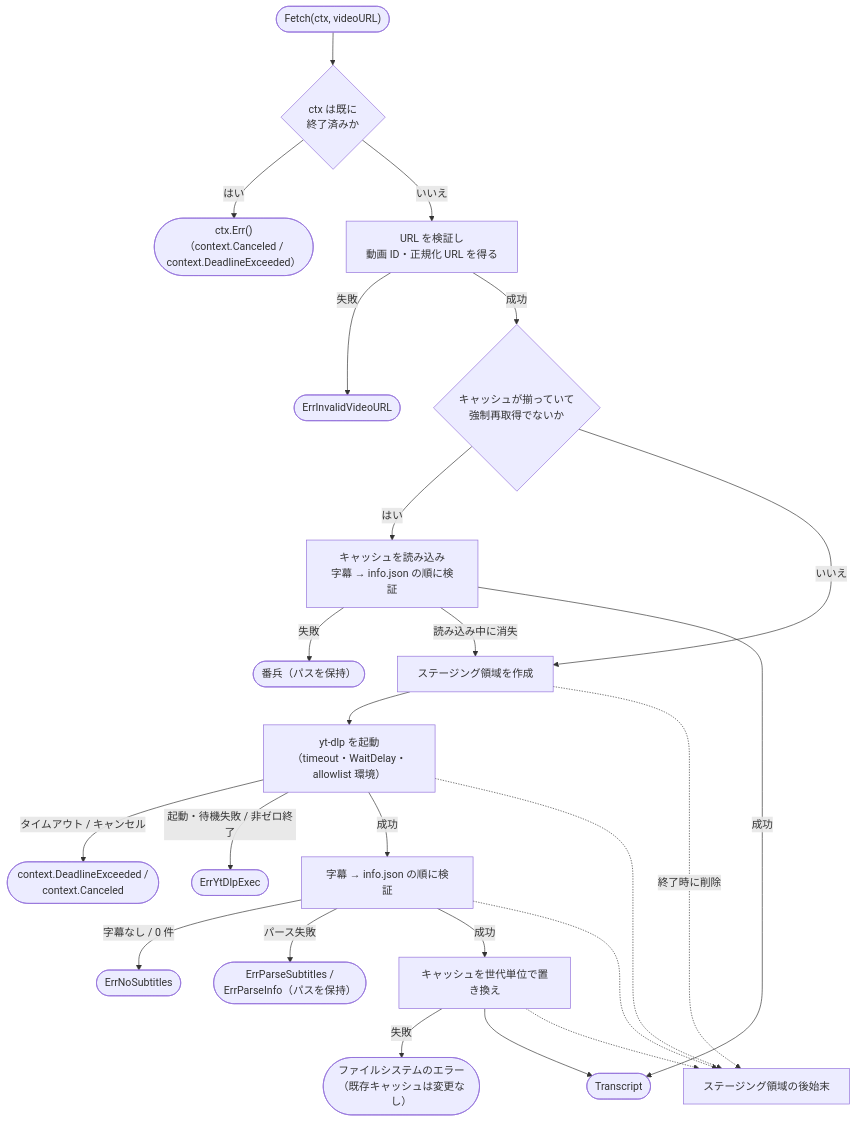
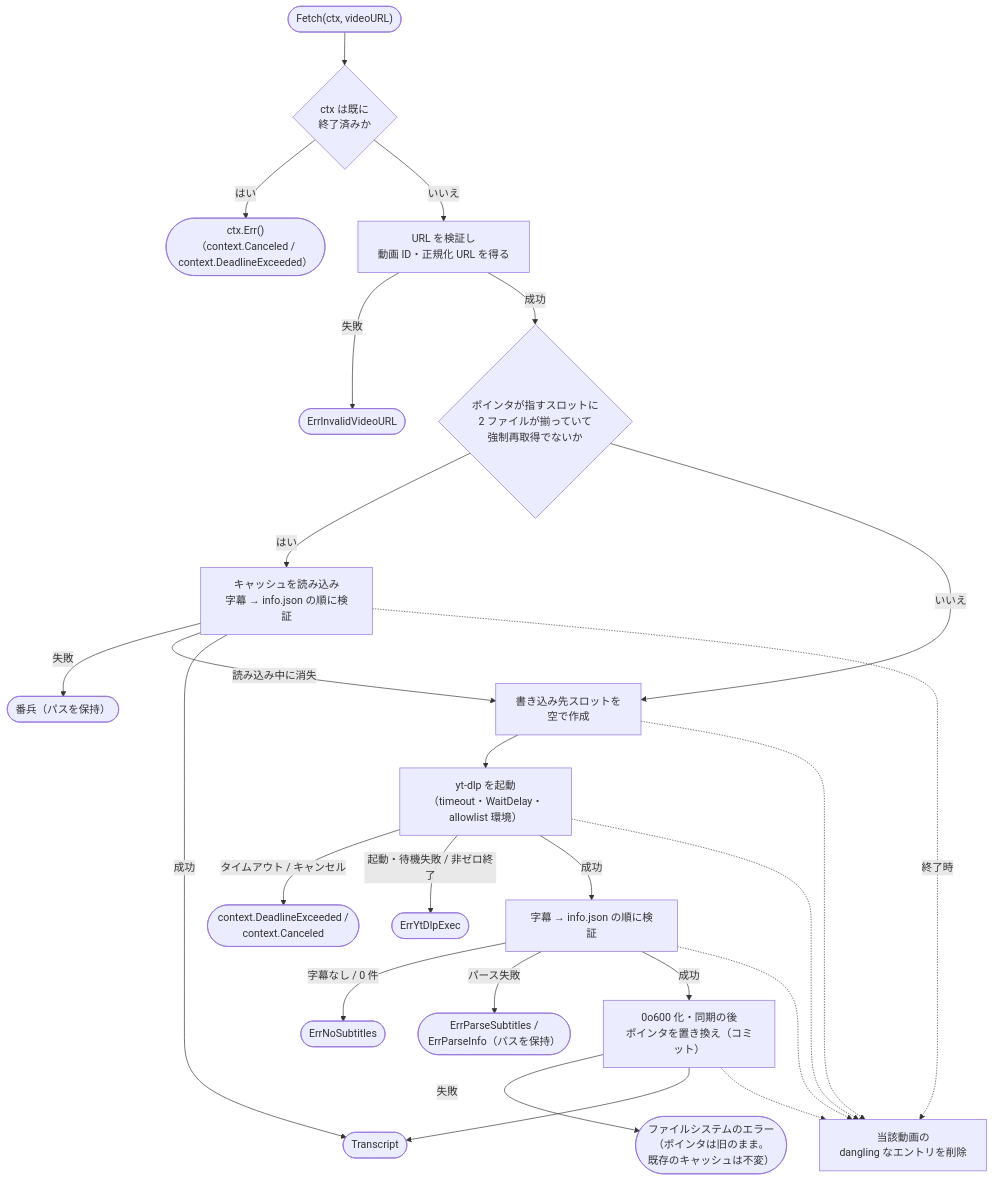
Before and after one commit to isseis/yt2column: the ninth of 11 diagrams in docs/tasks/0002_ytdlp_transcript_source/02_architecture.md, drawn with Mermaid. The commit also changed other lines of this file, not shown here.

````diff
--- a/docs/tasks/0002_ytdlp_transcript_source/02_architecture.md
+++ b/docs/tasks/0002_ytdlp_transcript_source/02_architecture.md
@@ -579,26 +645,27 @@
 ```mermaid
 flowchart TD
     Start(["Fetch(ctx, videoURL)"]) --> Cancel{"ctx は既に<br>終了済みか"}
     Cancel -->|"はい"| Canceled(["ctx.Err()<br>（context.Canceled /<br>context.DeadlineExceeded）"])
     Cancel -->|"いいえ"| Parse["URL を検証し<br>動画 ID・正規化 URL を得る"]
     Parse -->|"失敗"| Invalid(["ErrInvalidVideoURL"])
-    Parse -->|"成功"| Hit{"キャッシュが揃っていて<br>強制再取得でないか"}
+    Parse -->|"成功"| Hit{"ポインタが指すスロットに<br>2 ファイルが揃っていて<br>強制再取得でないか"}
     Hit -->|"はい"| Load["キャッシュを読み込み<br>字幕 → info.json の順に検証"]
     Load -->|"失敗"| Fail1(["番兵（パスを保持）"])
     Load -->|"読み込み中に消失"| Stage
     Load -->|"成功"| Done(["Transcript"])
-    Hit -->|"いいえ"| Stage["ステージング領域を作成"]
+    Hit -->|"いいえ"| Stage["書き込み先スロットを<br>空で作成"]
     Stage --> Exec["yt-dlp を起動<br>（timeout・WaitDelay・allowlist 環境）"]
     Exec -->|"タイムアウト / キャンセル"| Fail2(["context.DeadlineExceeded /<br>context.Canceled"])
     Exec -->|"起動・待機失敗 / 非ゼロ終了"| Fail3(["ErrYtDlpExec"])
     Exec -->|"成功"| Verify["字幕 → info.json の順に検証"]
     Verify -->|"字幕なし / 0 件"| Fail4(["ErrNoSubtitles"])
     Verify -->|"パース失敗"| Fail5(["ErrParseSubtitles /<br>ErrParseInfo（パスを保持）"])
-    Verify -->|"成功"| Commit["キャッシュを世代単位で置き換え"]
-    Commit -->|"失敗"| Fail6(["ファイルシステムのエラー<br>（既存キャッシュは変更なし）"])
+    Verify -->|"成功"| Commit["0o600 化・同期の後<br>ポインタを置き換え（コミット）"]
+    Commit -->|"失敗"| Fail6(["ファイルシステムのエラー<br>（ポインタは旧のまま。<br>既存のキャッシュは不変）"])
     Commit --> Done
-    Stage -.->|"終了時に削除"| Cleanup["ステージング領域の後始末"]
+    Load -.->|"終了時"| Cleanup["当該動画の<br>dangling なエントリを削除"]
+    Stage -.-> Cleanup
     Exec -.-> Cleanup
     Verify -.-> Cleanup
     Commit -.-> Cleanup
 ```
````
